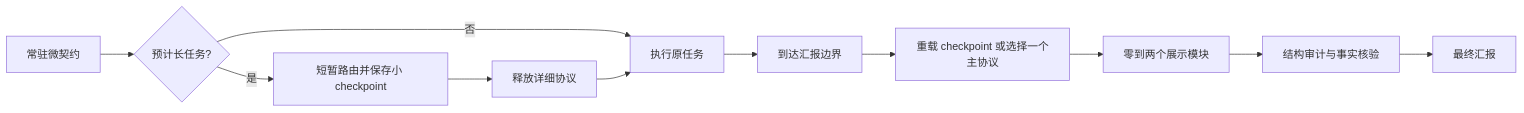
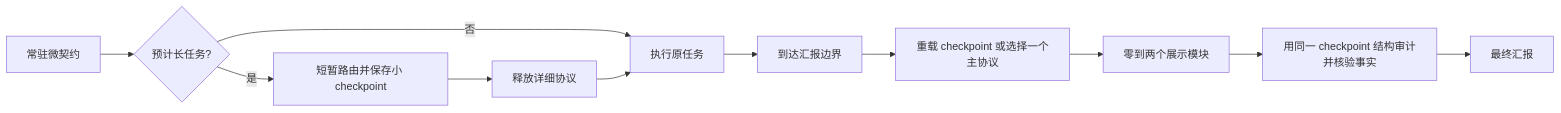
One commit to asimfish/super_agent_presentation changed the diagram in README.md. Above: the diagram before and after it, drawn with Mermaid. The commit also changed other lines of this file and 43 other files, not shown here.

````diff
--- a/README.md
+++ b/README.md
@@ -24,15 +24,15 @@
 ```mermaid
 flowchart LR
     accTitle: Agentic Reporting 的三层执行机制
     accDescr: 极短常驻契约在预计长任务开始时只保存小检查点并释放详细协议，任务完成后再按需加载一个主协议、最多两个模块并审计。
     A[常驻微契约] --> B{预计长任务?}
     B -- 是 --> C[短暂路由并保存小 checkpoint]
     C --> D[释放详细协议]
     B -- 否 --> E[执行原任务]
     D --> E
     E --> F[到达汇报边界]
     F --> G[重载 checkpoint 或选择一个主协议]
     G --> H[零到两个展示模块]
-    H --> I[结构审计与事实核验]
+    H --> I[用同一 checkpoint 结构审计并核验事实]
     I --> J[最终汇报]
 ```
````
